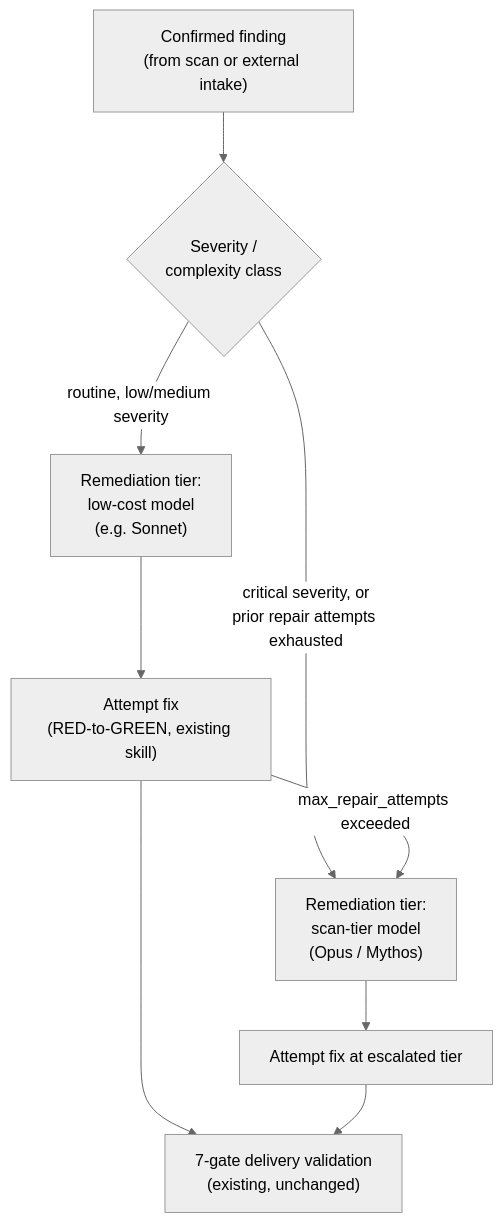
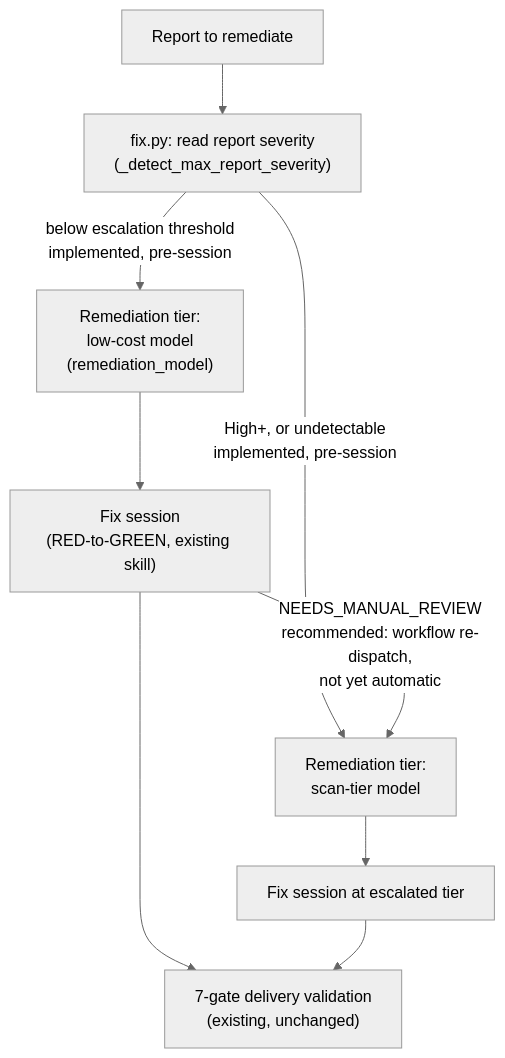
One commit to SecurityUniversalOrg/ai-agent-harness changed the second of 4 diagrams in docs/enterprise-program/02-reference-architecture.md. Above: the diagram before and after it, drawn with Mermaid (neutral theme). The commit also changed other lines of this file and 19 other files, not shown here.

````diff
--- a/docs/enterprise-program/02-reference-architecture.md
+++ b/docs/enterprise-program/02-reference-architecture.md
@@ -100,11 +100,11 @@
 ```mermaid
 flowchart TB
-    finding["Confirmed finding\n(from scan or external intake)"] --> classify{"Severity /\ncomplexity class"}
-    classify -->|routine, low/medium severity| lowcost["Remediation tier:\nlow-cost model\n(e.g. Sonnet)"]
-    classify -->|critical severity, or\nprior repair attempts exhausted| highcost["Remediation tier:\nscan-tier model\n(Opus / Mythos)"]
-    lowcost --> attempt["Attempt fix\n(RED-to-GREEN, existing skill)"]
-    attempt -->|max_repair_attempts exceeded| highcost
-    highcost --> attempt2["Attempt fix at escalated tier"]
+    finding["Report to remediate"] --> heuristic["fix.py: read report severity\n(_detect_max_report_severity)"]
+    heuristic -->|below escalation threshold\nimplemented, pre-session| lowcost["Remediation tier:\nlow-cost model\n(remediation_model)"]
+    heuristic -->|High+, or undetectable\nimplemented, pre-session| highcost["Remediation tier:\nscan-tier model"]
+    lowcost --> attempt["Fix session\n(RED-to-GREEN, existing skill)"]
+    highcost --> attempt2["Fix session at escalated tier"]
+    attempt -->|NEEDS_MANUAL_REVIEW\nrecommended: workflow re-dispatch,\nnot yet automatic| highcost
     attempt --> gates["7-gate delivery validation\n(existing, unchanged)"]
     attempt2 --> gates
 ```
````
